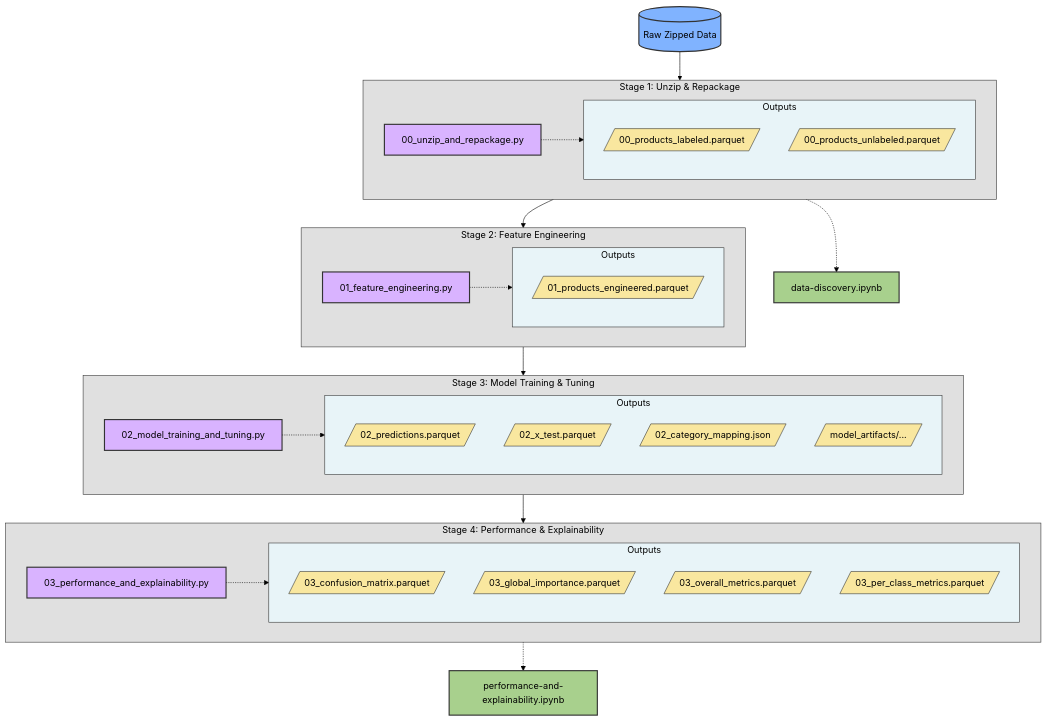
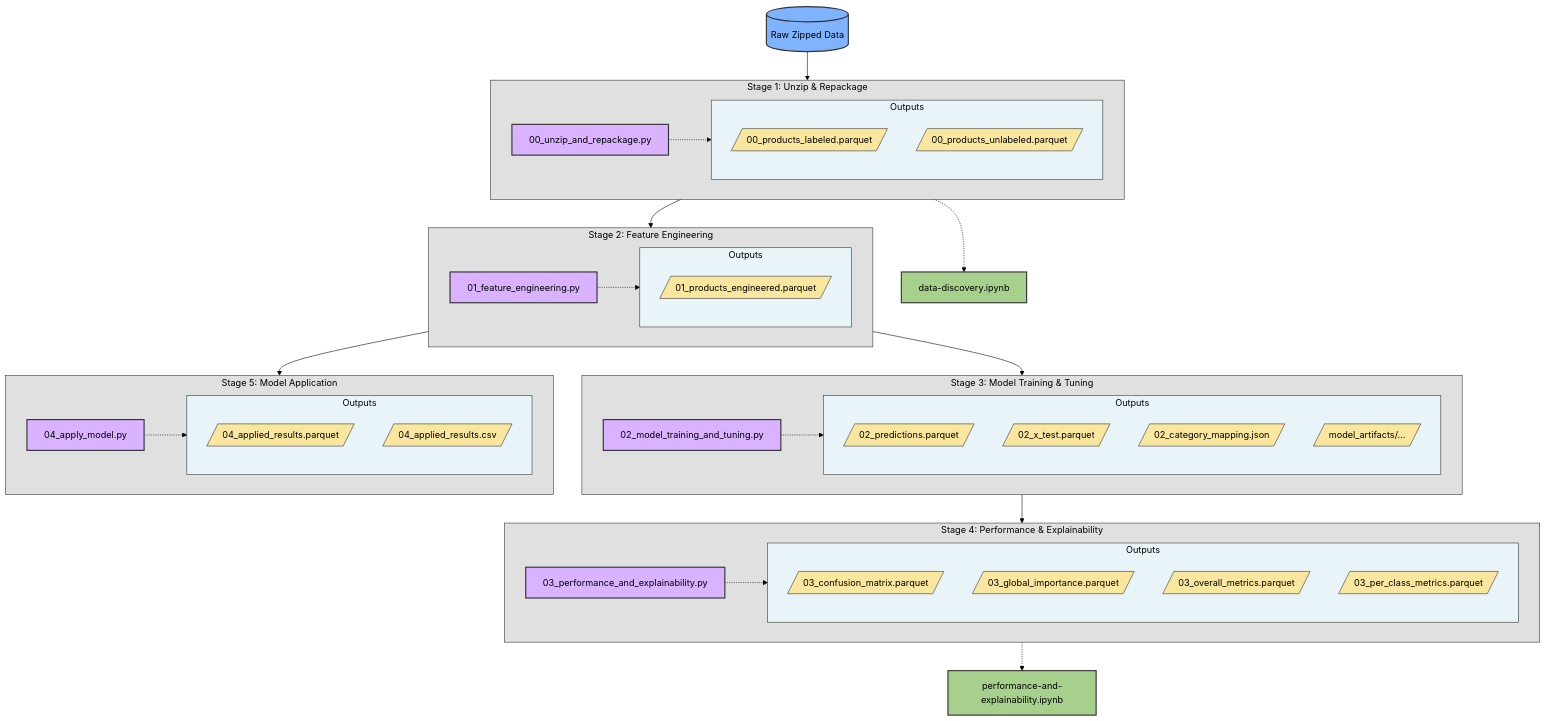
The first of 2 diagrams in readme.md (x81k25/amazon-product-classification), drawn with Mermaid (forest theme) before and after one commit. The commit also changed other lines of this file and 9 other files, not shown here.

Commit message:
added model hyperparemeters to results notebook

````diff
--- a/readme.md
+++ b/readme.md
@@ -306,6 +325,18 @@
         explain -.-> outputs4
     end
     
+    %% Model Application
+    subgraph stage5[Stage 5: Model Application]
+        apply[04_apply_model.py]
+        
+        subgraph outputs5[Outputs]
+            f12[/04_applied_results.parquet/]
+            f13[/04_applied_results.csv/]
+        end
+        
+        apply -.-> outputs5
+    end
+    
     %% Notebooks
     notebook1[data-discovery.ipynb]
     notebook2[performance-and-explainability.ipynb]
@@ -314,8 +345,9 @@
     raw --> stage1
     stage1 --> stage2
     stage2 --> stage3
+    stage2 --> stage5
     stage3 --> stage4
-    
+        
     %% Notebook connections
     stage1 -.-> notebook1
     stage4 -.-> notebook2
@@ -328,10 +360,10 @@
     classDef outputs fill:#e8f4f8,stroke:#333,stroke-width:1px,color:#000
     classDef notebook fill:#a8d08d,stroke:#333,stroke-width:2px,color:#000
     
-    class unzip,engineer,train,explain process
+    class unzip,engineer,train,explain,apply process
     class raw data
-    class f1,f2,f3,f4,f5,f6,f7,f8,f9,f10,f11 file
-    class stage1,stage2,stage3,stage4 stage
-    class outputs1,outputs2,outputs3,outputs4 outputs
+    class f1,f2,f3,f4,f5,f6,f7,f8,f9,f10,f11,f12,f13 file
+    class stage1,stage2,stage3,stage4,stage5 stage
+    class outputs1,outputs2,outputs3,outputs4,outputs5 outputs
     class notebook1,notebook2 notebook
 ```
````
